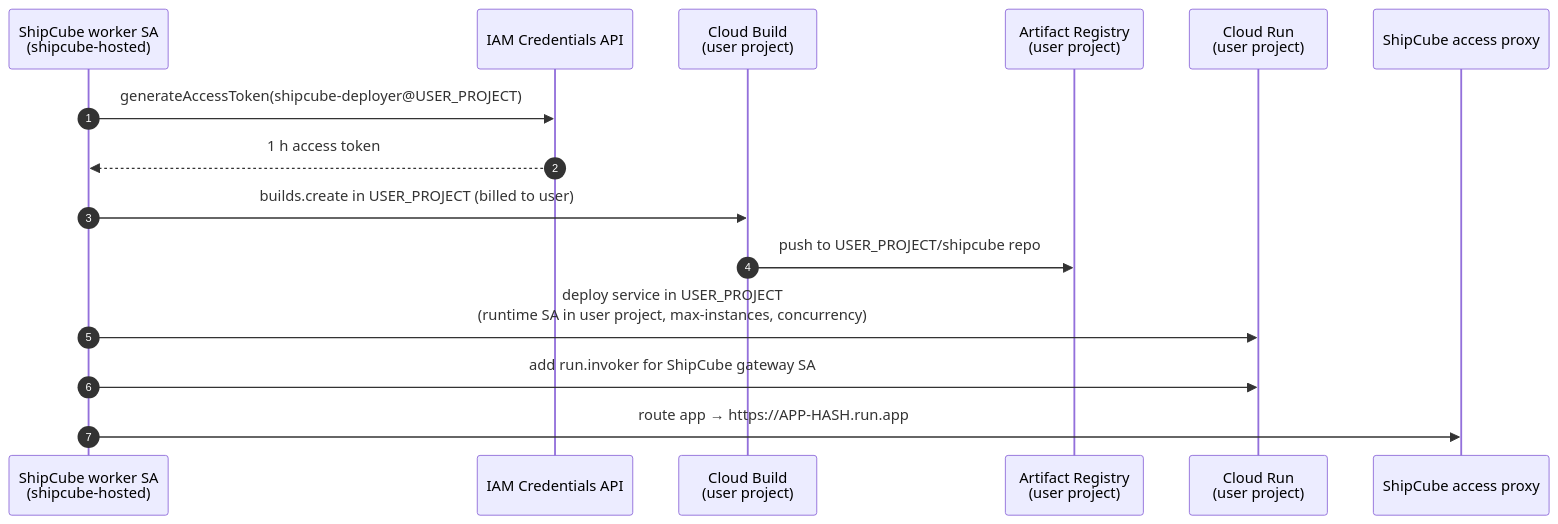
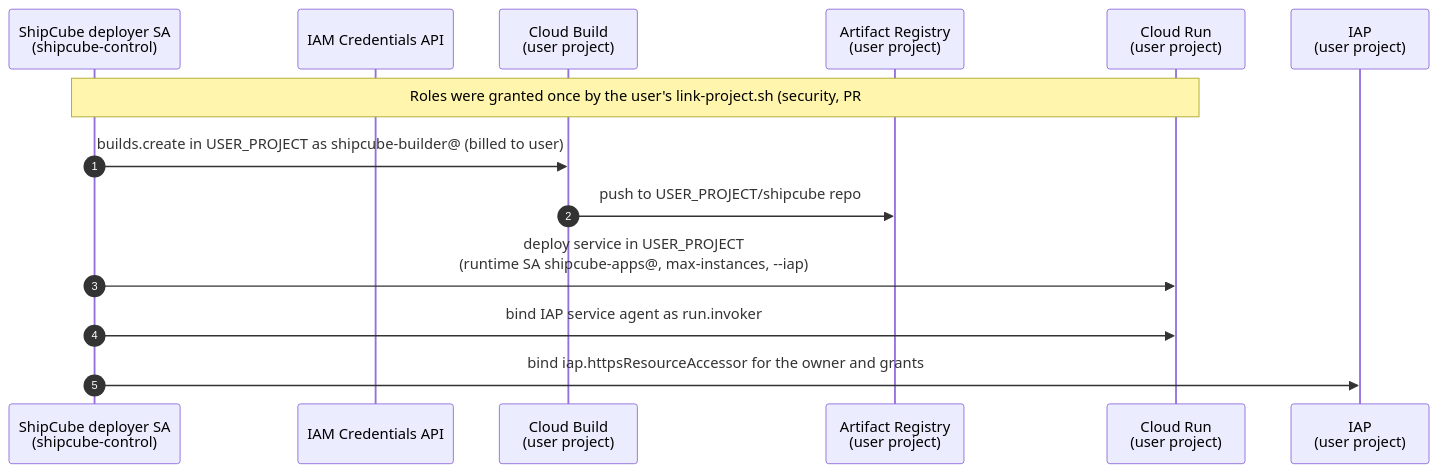
One commit to Kunal-Shahi/shipcube changed the second of 2 diagrams in docs/research/networking.md. Above: the diagram before and after it, drawn with Mermaid. The commit also changed other lines of this file and 32 other files, not shown here.

````diff
--- a/docs/research/networking.md
+++ b/docs/research/networking.md
@@ -320,18 +351,17 @@
 ```mermaid
 sequenceDiagram
     autonumber
-    participant W as ShipCube worker SA<br/>(shipcube-hosted)
+    participant W as ShipCube deployer SA<br/>(shipcube-control)
     participant IAM as IAM Credentials API
     participant CB as Cloud Build<br/>(user project)
     participant AR as Artifact Registry<br/>(user project)
     participant CR as Cloud Run<br/>(user project)
-    participant GW as ShipCube access proxy
+    participant IAP as IAP<br/>(user project)
 
-    W->>IAM: generateAccessToken(shipcube-deployer@USER_PROJECT)
-    IAM-->>W: 1 h access token
-    W->>CB: builds.create in USER_PROJECT (billed to user)
+    Note over W,CR: Roles were granted once by the user's link-project.sh (security, PR #2)
+    W->>CB: builds.create in USER_PROJECT as shipcube-builder@ (billed to user)
     CB->>AR: push to USER_PROJECT/shipcube repo
-    W->>CR: deploy service in USER_PROJECT<br/>(runtime SA in user project, max-instances, concurrency)
-    W->>CR: add run.invoker for ShipCube gateway SA
-    W->>GW: route app → https://APP-HASH.run.app
+    W->>CR: deploy service in USER_PROJECT<br/>(runtime SA shipcube-apps@, max-instances, --iap)
+    W->>CR: bind IAP service agent as run.invoker
+    W->>IAP: bind iap.httpsResourceAccessor for the owner and grants
 ```
````
